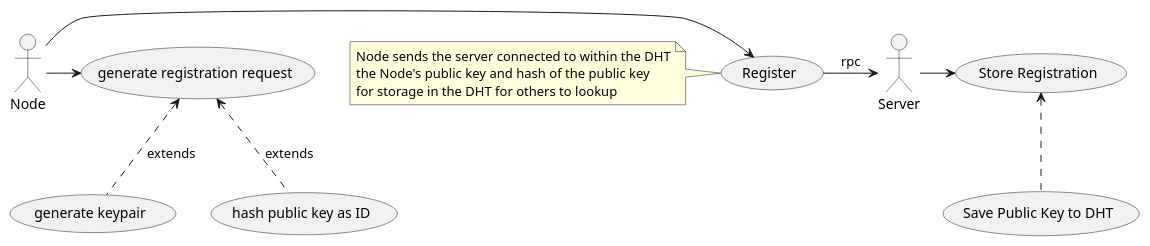
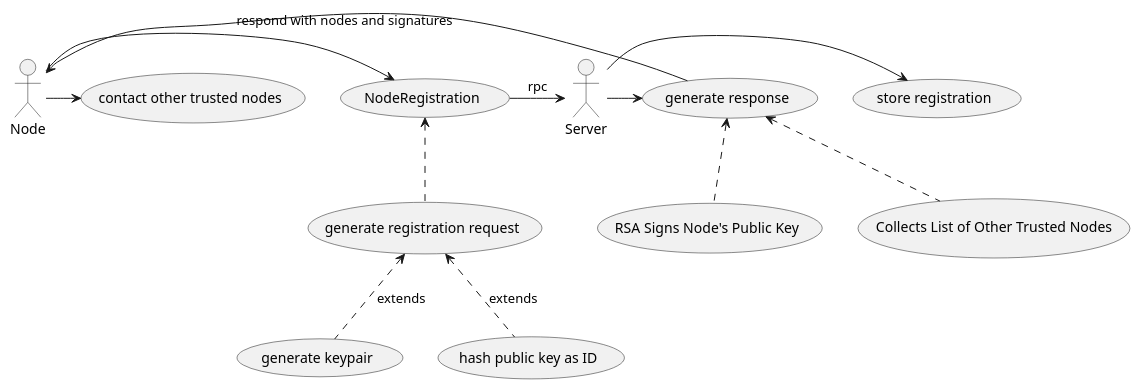
The diagram in docs/design-document/Milestone2/NodeRegistrationUseCaseDiagram.plantuml (husobee/peerstore), drawn with PlantUML before and after one commit. The commit also changed 2 other files, not shown here.

Commit message:
updates to the node registration diagrams and design doc

```diff
--- a/docs/design-document/Milestone2/NodeRegistrationUseCaseDiagram.plantuml
+++ b/docs/design-document/Milestone2/NodeRegistrationUseCaseDiagram.plantuml
@@ -1,20 +1,20 @@
 @startuml
 
 
-Node -> (generate registration request)
+
+(NodeRegistration)<.. (generate registration request)
 (generate registration request)<..(generate keypair):extends
 (generate registration request)<..(hash public key as ID) :extends
 
-Node ->(Register)
-(Register)->Server:rpc
+Node ->(NodeRegistration)
+(NodeRegistration)->Server:rpc
 
-Server -> (Store Registration)
-(Store Registration) <.. (Save Public Key to DHT) 
+Server -> (store registration)
+Server ->(generate response)
+(generate response) <.. (RSA Signs Node's Public Key)
+(generate response)<..(Collects List of Other Trusted Nodes)
 
-note left of Register
-  Node sends the server connected to within the DHT
-  the Node's public key and hash of the public key
-  for storage in the DHT for others to lookup
-end note
+Node <- (generate response):respond with nodes and signatures
 
+Node ->(contact other trusted nodes)
 @enduml
```
